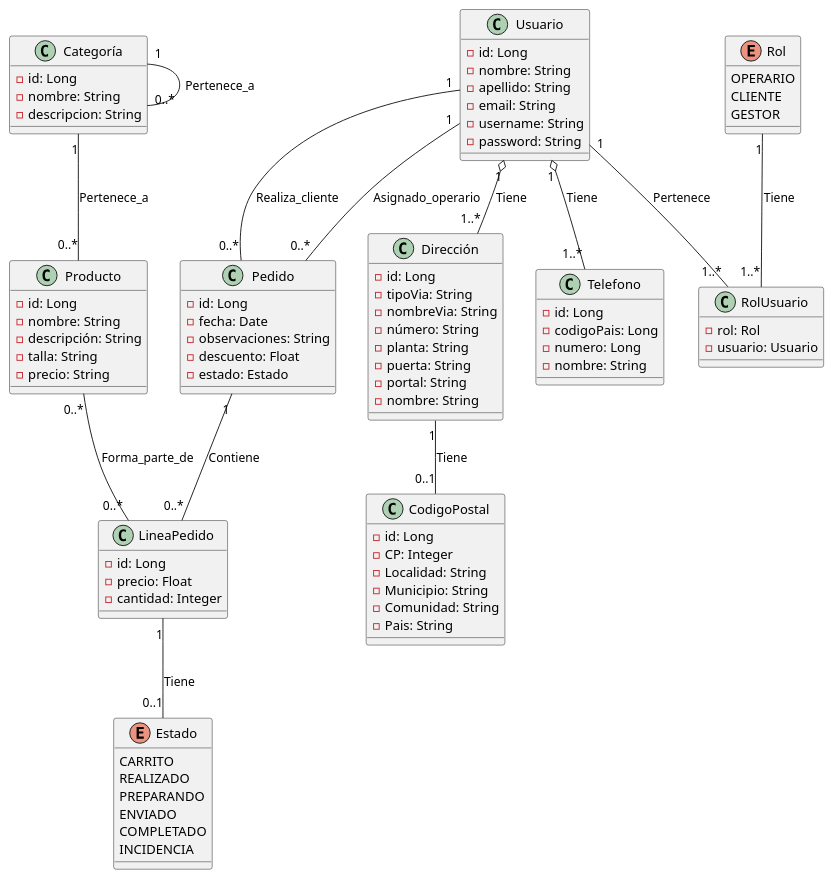
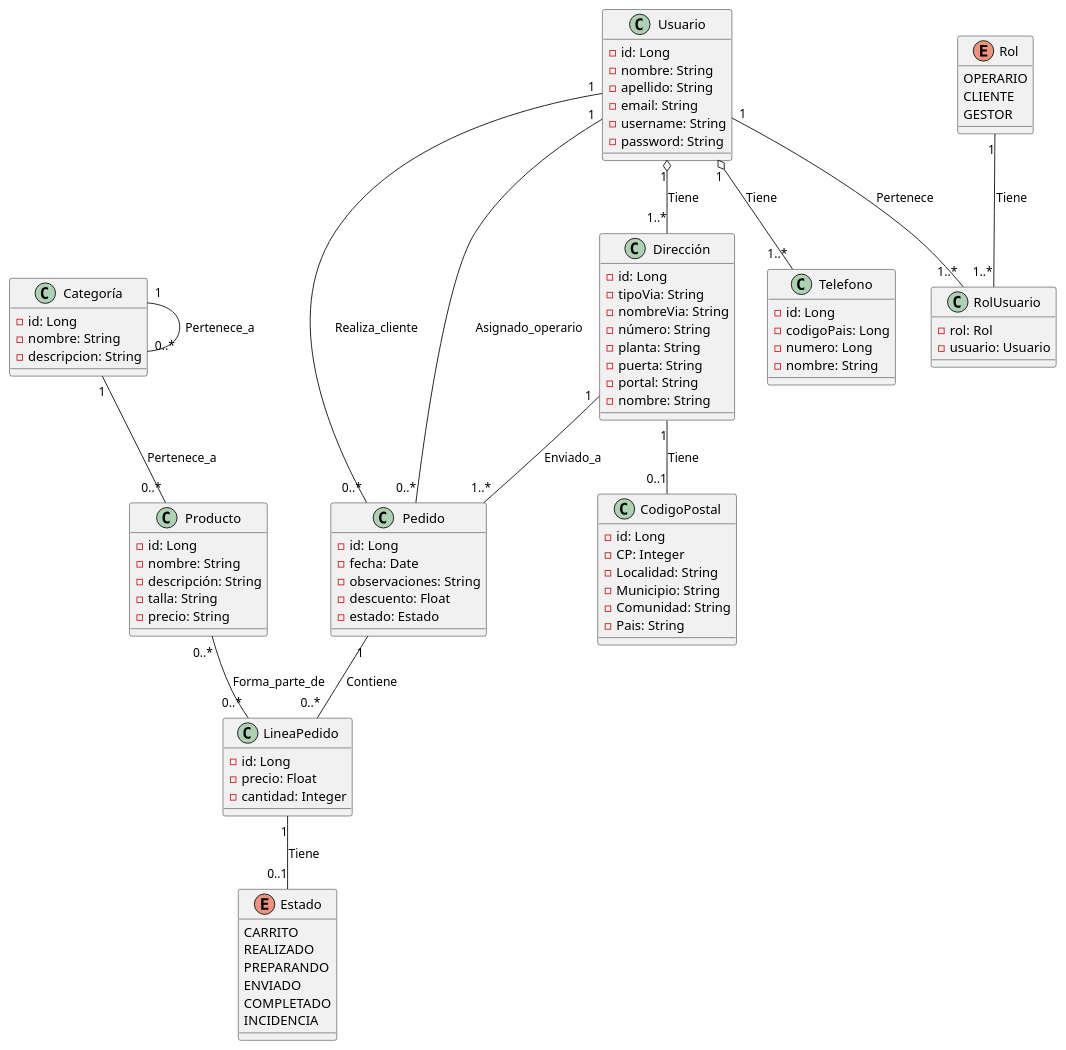
Before and after one commit to juangualberto/adt05-spring-web-zapapp: the second of 2 diagrams in 04-AnalisisDiseño.md, drawn with PlantUML. The commit also changed other lines of this file and 9 other files, not shown here.

```diff
--- a/04-AnalisisDiseño.md
+++ b/04-AnalisisDiseño.md
@@ -138,6 +161,7 @@
 
 Pedido "1" -- "0..*" LineaPedido : Contiene
 Pedido "0..*" -- "1" Usuario : Asignado_operario
+Dirección "1" -- "1..*" Pedido: Enviado_a
 
 Producto "0..*" -- "0..*" LineaPedido : Forma_parte_de
 Categoría "1" -- "0..*" Producto : Pertenece_a
```
